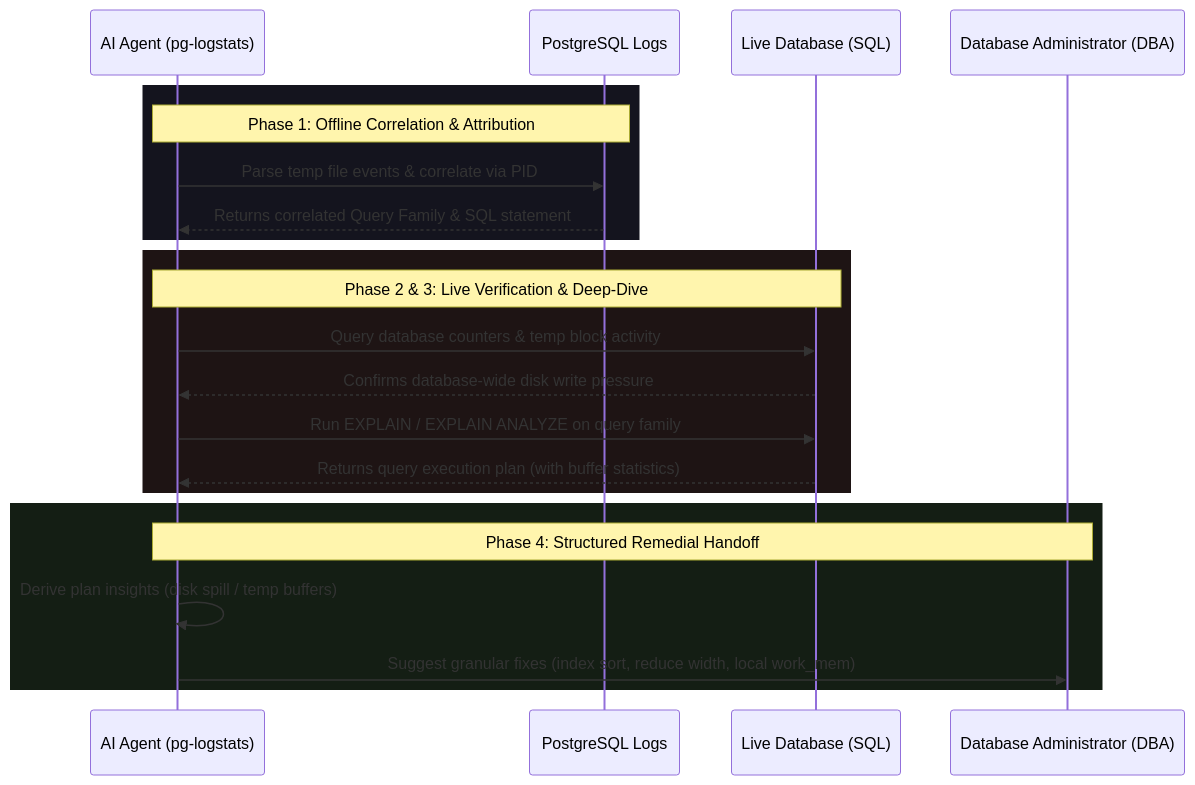
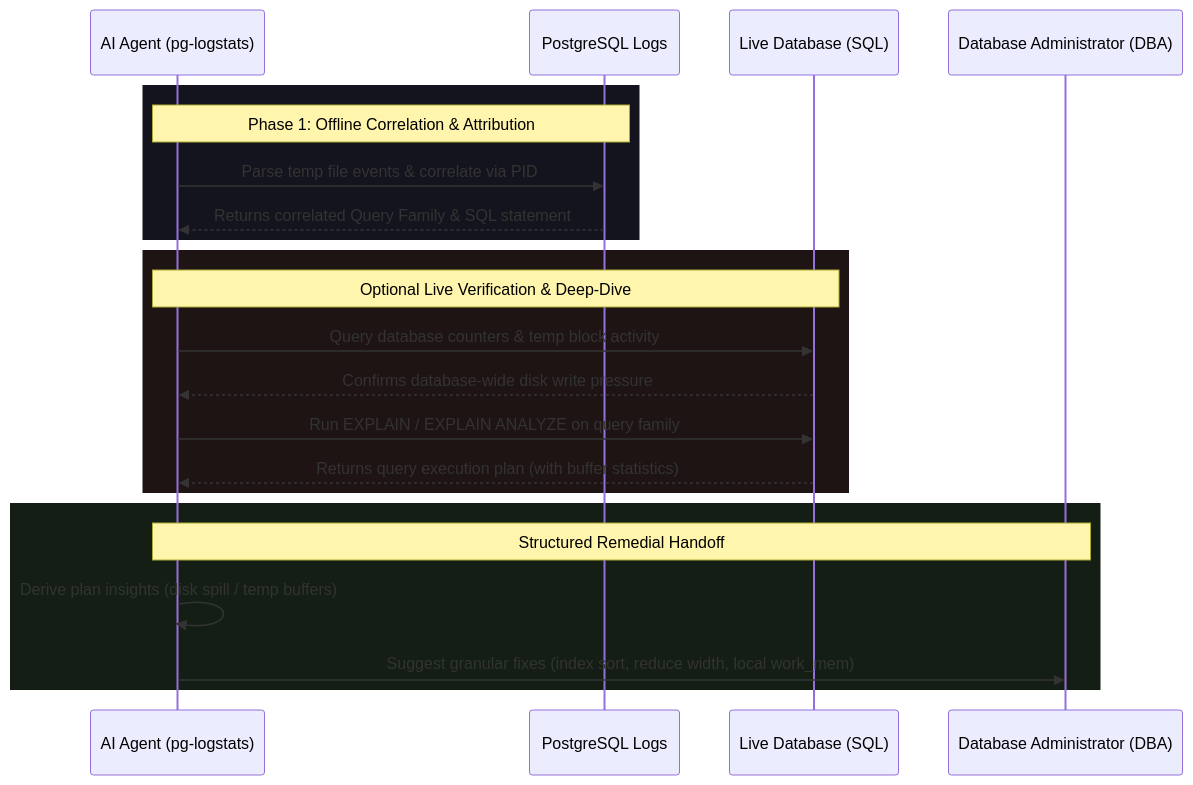
One commit to vrajat/pg-logstats changed the diagram in docs/user-guide/temp-files.md. Above: the diagram before and after it, drawn with Mermaid. The commit also changed other lines of this file and 19 other files, not shown here.

````diff
--- a/docs/user-guide/temp-files.md
+++ b/docs/user-guide/temp-files.md
@@ -13,27 +24,27 @@
 ```mermaid
 sequenceDiagram
     participant Agent as AI Agent (pg-logstats)
     participant Logs as PostgreSQL Logs
     participant DB as Live Database (SQL)
     participant DBA as Database Administrator (DBA)
     
     rect rgb(20, 20, 30)
         Note over Agent, Logs: Phase 1: Offline Correlation & Attribution
         Agent->>Logs: Parse temp file events & correlate via PID
         Logs-->>Agent: Returns correlated Query Family & SQL statement
     end
     
     rect rgb(30, 20, 20)
-        Note over Agent, DB: Phase 2 & 3: Live Verification & Deep-Dive
+        Note over Agent, DB: Optional Live Verification & Deep-Dive
         Agent->>DB: Query database counters & temp block activity
         DB-->>Agent: Confirms database-wide disk write pressure
         Agent->>DB: Run EXPLAIN / EXPLAIN ANALYZE on query family
         DB-->>Agent: Returns query execution plan (with buffer statistics)
     end
     
     rect rgb(20, 30, 20)
-        Note over Agent, DBA: Phase 4: Structured Remedial Handoff
+        Note over Agent, DBA: Structured Remedial Handoff
         Agent->>Agent: Derive plan insights (disk spill / temp buffers)
         Agent->>DBA: Suggest granular fixes (index sort, reduce width, local work_mem)
     end
 ```
````
